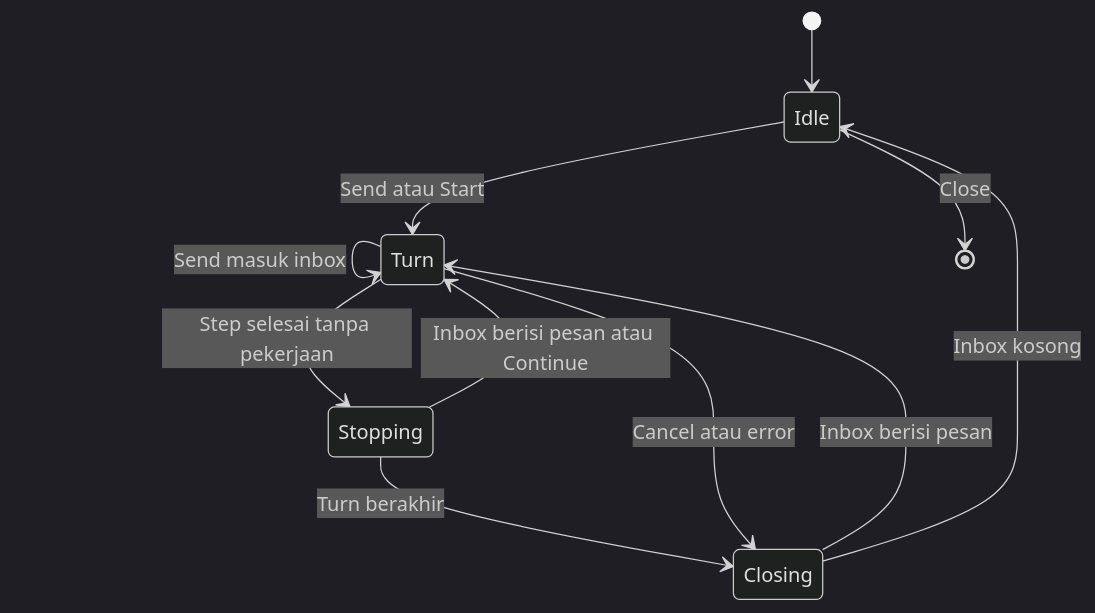
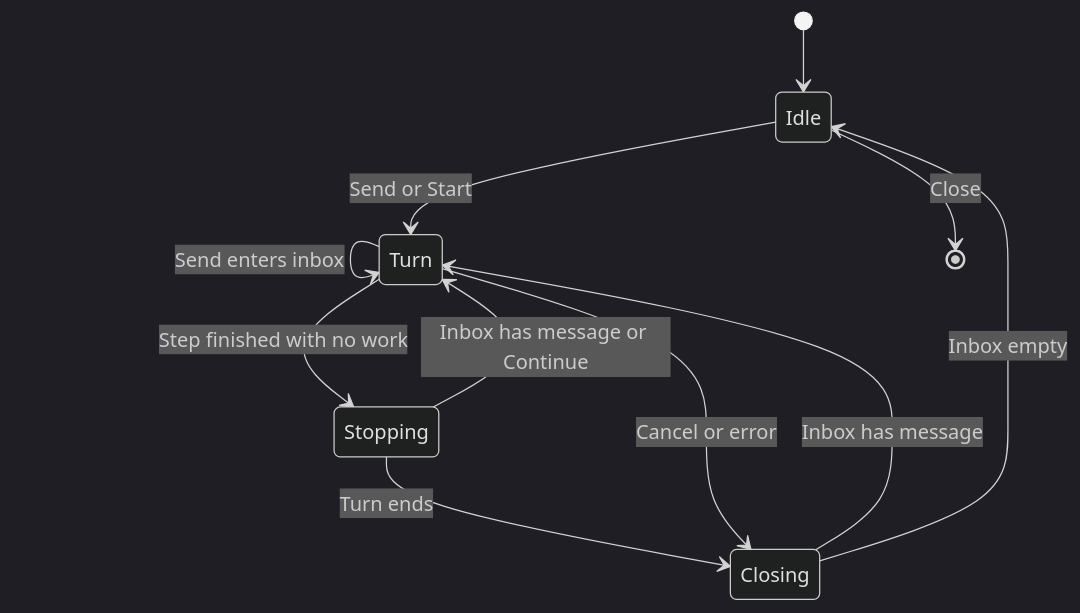
One commit to ridhomujizat/lana-harness changed the fifth of 5 diagrams in docs/specs/3-agent-loop/design.md. Above: the diagram before and after it, drawn with Mermaid (dark theme). The commit also changed other lines of this file and 172 other files, not shown here.

````diff
--- a/docs/specs/3-agent-loop/design.md
+++ b/docs/specs/3-agent-loop/design.md
@@ -297,13 +297,13 @@
 ```mermaid
 stateDiagram-v2
   [*] --> Idle
-  Idle --> Turn: Send atau Start
-  Turn --> Turn: Send masuk inbox
-  Turn --> Stopping: Step selesai tanpa pekerjaan
-  Stopping --> Turn: Inbox berisi pesan atau Continue
-  Stopping --> Closing: Turn berakhir
-  Turn --> Closing: Cancel atau error
-  Closing --> Turn: Inbox berisi pesan
-  Closing --> Idle: Inbox kosong
+  Idle --> Turn: Send or Start
+  Turn --> Turn: Send enters inbox
+  Turn --> Stopping: Step finished with no work
+  Stopping --> Turn: Inbox has message or Continue
+  Stopping --> Closing: Turn ends
+  Turn --> Closing: Cancel or error
+  Closing --> Turn: Inbox has message
+  Closing --> Idle: Inbox empty
   Idle --> [*]: Close
 ```
````
